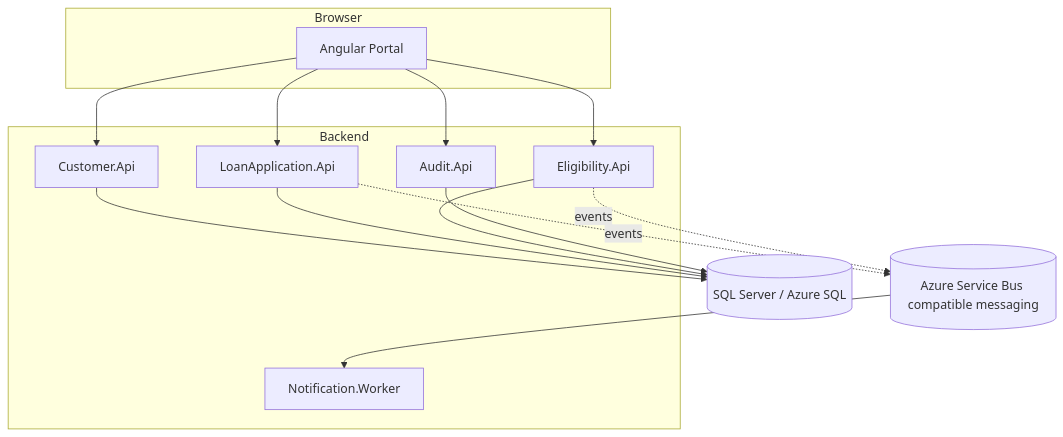
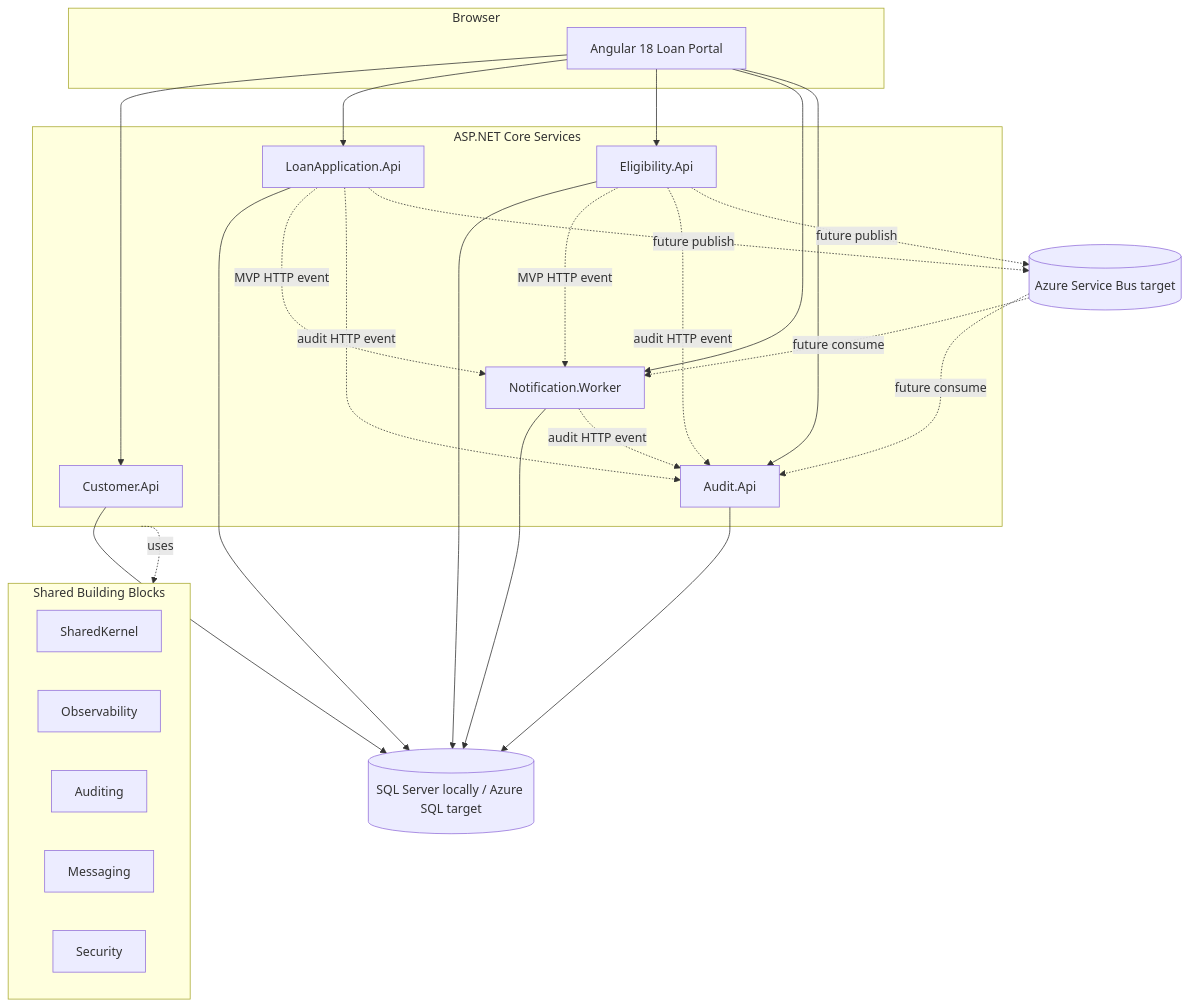
Before and after one commit to majikoushik/enterprise-loan-origination-platform: the diagram in architecture/diagrams/container-diagram.md, drawn with Mermaid. The commit also changed 42 other files, not shown here.

````diff
--- a/architecture/diagrams/container-diagram.md
+++ b/architecture/diagrams/container-diagram.md
@@ -3,29 +3,50 @@
 ```mermaid
 flowchart TB
   subgraph Browser
-    Portal[Angular Portal]
+    Portal[Angular 18 Loan Portal]
   end
 
-  subgraph Backend
+  subgraph Backend["ASP.NET Core Services"]
     CustomerApi[Customer.Api]
     LoanApi[LoanApplication.Api]
     EligibilityApi[Eligibility.Api]
+    NotificationWorker[Notification.Worker]
     AuditApi[Audit.Api]
-    NotificationWorker[Notification.Worker]
   end
 
-  Sql[(SQL Server / Azure SQL)]
-  Bus[(Azure Service Bus compatible messaging)]
+  subgraph BuildingBlocks["Shared Building Blocks"]
+    SharedKernel[SharedKernel]
+    Observability[Observability]
+    Auditing[Auditing]
+    Messaging[Messaging]
+    Security[Security]
+  end
+
+  Sql[(SQL Server locally / Azure SQL target)]
+  Bus[(Azure Service Bus target)]
 
   Portal --> CustomerApi
   Portal --> LoanApi
   Portal --> EligibilityApi
+  Portal --> NotificationWorker
   Portal --> AuditApi
+
   CustomerApi --> Sql
   LoanApi --> Sql
   EligibilityApi --> Sql
+  NotificationWorker --> Sql
   AuditApi --> Sql
-  LoanApi -. events .-> Bus
-  EligibilityApi -. events .-> Bus
-  Bus --> NotificationWorker
+
+  LoanApi -. MVP HTTP event .-> NotificationWorker
+  EligibilityApi -. MVP HTTP event .-> NotificationWorker
+  LoanApi -. audit HTTP event .-> AuditApi
+  EligibilityApi -. audit HTTP event .-> AuditApi
+  NotificationWorker -. audit HTTP event .-> AuditApi
+
+  LoanApi -. future publish .-> Bus
+  EligibilityApi -. future publish .-> Bus
+  Bus -. future consume .-> NotificationWorker
+  Bus -. future consume .-> AuditApi
+
+  Backend -. uses .-> BuildingBlocks
 ```
````
